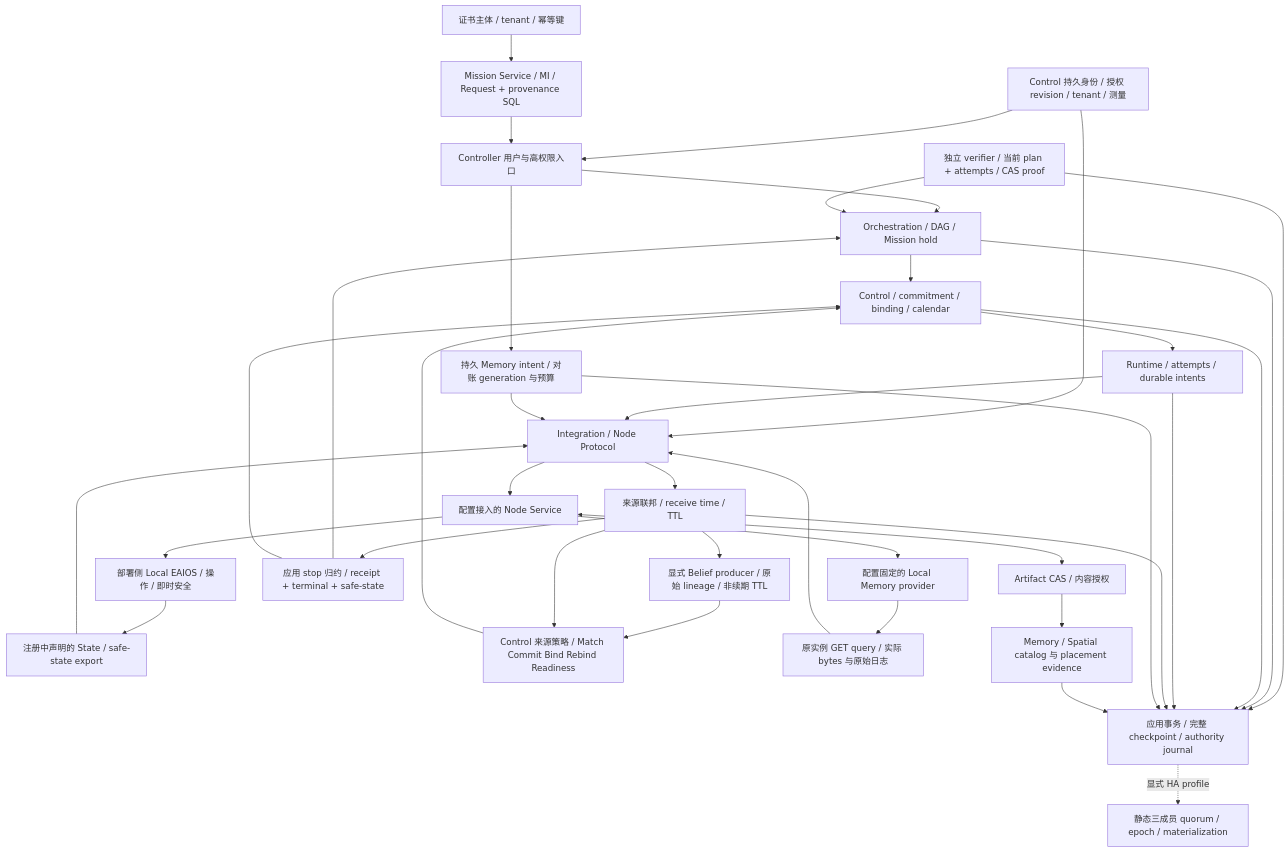
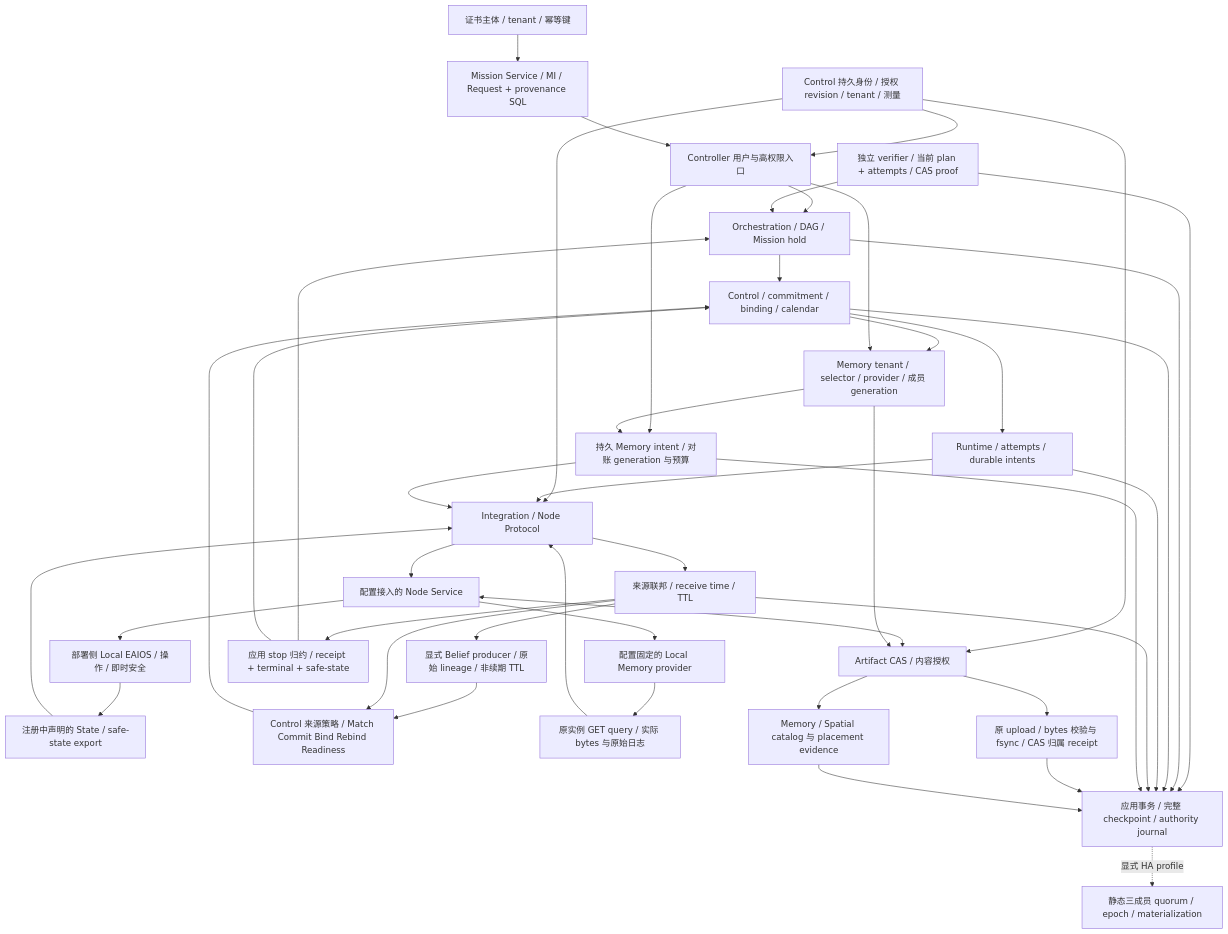
The diagram in docs/architecture/v2/implementation-topology.md (Farewell-CK/RoboGuide), drawn with Mermaid before and after one commit. The commit also changed other lines of this file and 64 other files, not shown here.

Commit message:
feat: enforce memory content and artifact upload ownership

````diff
--- a/docs/architecture/v2/implementation-topology.md
+++ b/docs/architecture/v2/implementation-topology.md
@@ -7,39 +7,46 @@
 ```mermaid
 flowchart TB
   Client[证书主体 / tenant / 幂等键] --> MI[Mission Service / MI / Request + provenance SQL]
   ID[Control 持久身份 / 授权 revision / tenant / 测量] --> Entry
   ID --> PROTO
+  ID --> ART
   MI --> Entry[Controller 用户与高权限入口]
   Entry --> ORCH[Orchestration / DAG / Mission hold]
   ORCH --> CTRL[Control / commitment / binding / calendar]
   CTRL --> RT[Runtime / attempts / durable intents]
   RT --> PROTO[Integration / Node Protocol]
   PROTO --> NODE[配置接入的 Node Service]
   NODE --> LOCAL[部署侧 Local EAIOS / 操作 / 即时安全]
   LOCAL --> OBS[注册中声明的 State / safe-state export]
   OBS --> PROTO
   PROTO --> STATE[来源联邦 / receive time / TTL]
   STATE --> BELIEF[显式 Belief producer / 原始 lineage / 非续期 TTL]
   BELIEF --> GATE[Control 来源策略 / Match Commit Bind Rebind Readiness]
   STATE --> GATE
   GATE --> CTRL
   VERIFY[独立 verifier / 当前 plan + attempts / CAS proof] --> ORCH
   VERIFY --> SQL
   STATE --> STOP[应用 stop 归约 / receipt + terminal + safe-state]
   STOP --> ORCH
   STOP --> CTRL
   ORCH --> SQL[应用事务 / 完整 checkpoint / authority journal]
   CTRL --> SQL
   RT --> SQL
   STATE --> SQL
   SQL -. 显式 HA profile .-> HA[静态三成员 quorum / epoch / materialization]
   NODE <--> ART[Artifact CAS / 内容授权]
   NODE --> MEM[配置固定的 Local Memory provider]
   MEM --> QUERY[原实例 GET query / 实际 bytes 与原始日志]
   QUERY --> PROTO
   Entry --> MINT[持久 Memory intent / 对账 generation 与预算]
   MINT --> SQL
   MINT --> PROTO
+  CTRL --> MAUTH[Memory tenant / selector / provider / 成员 generation]
+  Entry --> MAUTH
+  MAUTH --> MINT
+  MAUTH --> ART
+  ART --> UPLOAD[原 upload / bytes 校验与 fsync / CAS 归属 receipt]
+  UPLOAD --> SQL
   ART --> CAT[Memory / Spatial catalog 与 placement evidence]
   CAT --> SQL
 ```
````
